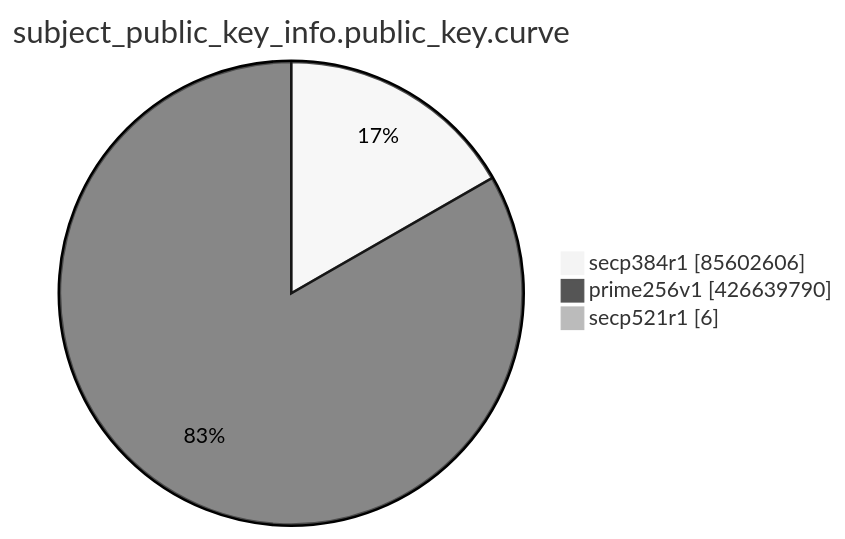
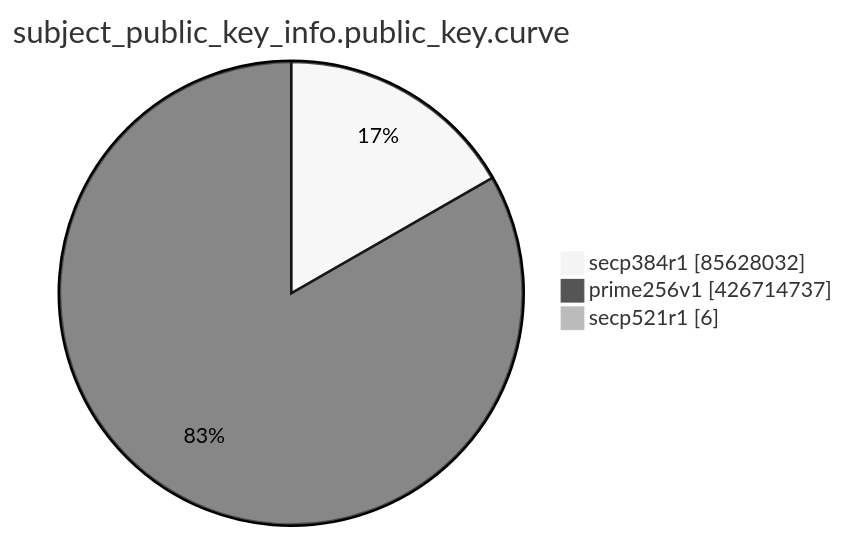
The eighth of 15 diagrams in TOTAL/README.md (christiankrug/ctmonitor_visualization), drawn with Mermaid (neutral theme) before and after one commit. The commit also changed other lines of this file, not shown here.

````diff
--- a/TOTAL/README.md
+++ b/TOTAL/README.md
@@ -3100,7 +3100,7 @@
 ```mermaid
 pie showData
 title subject_public_key_info.public_key.curve
-"secp384r1" :85602606
-"prime256v1" :426639790
+"secp384r1" :85628032
+"prime256v1" :426714737
 "secp521r1" :6
 ```
````
